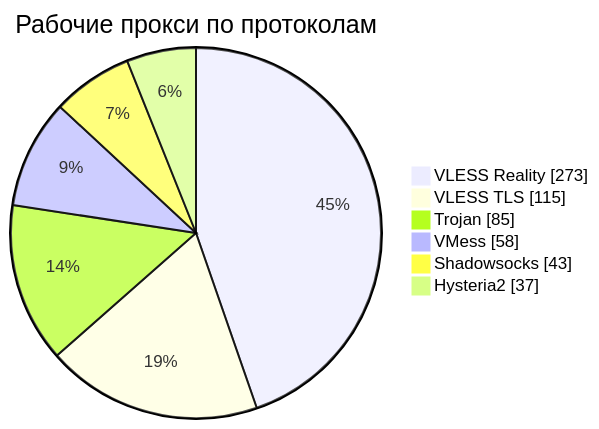
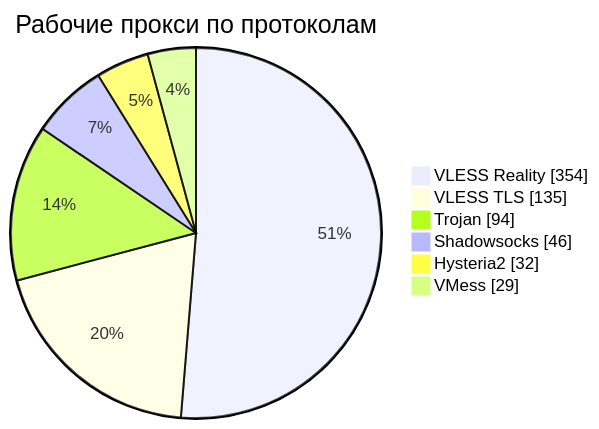
One commit to rvvg/proxy-subs changed the third of 4 diagrams in README.md. Above: the diagram before and after it, drawn with Mermaid. The commit also changed other lines of this file and 46 other files, not shown here.

````diff
--- a/README.md
+++ b/README.md
@@ -136,10 +135,10 @@
 ```mermaid
 pie showData
     title Рабочие прокси по протоколам
-    "VLESS Reality" : 273
-    "VLESS TLS" : 115
-    "Trojan" : 85
-    "VMess" : 58
-    "Shadowsocks" : 43
-    "Hysteria2" : 37
+    "VLESS Reality" : 354
+    "VLESS TLS" : 135
+    "Trojan" : 94
+    "Shadowsocks" : 46
+    "Hysteria2" : 32
+    "VMess" : 29
 ```
````
